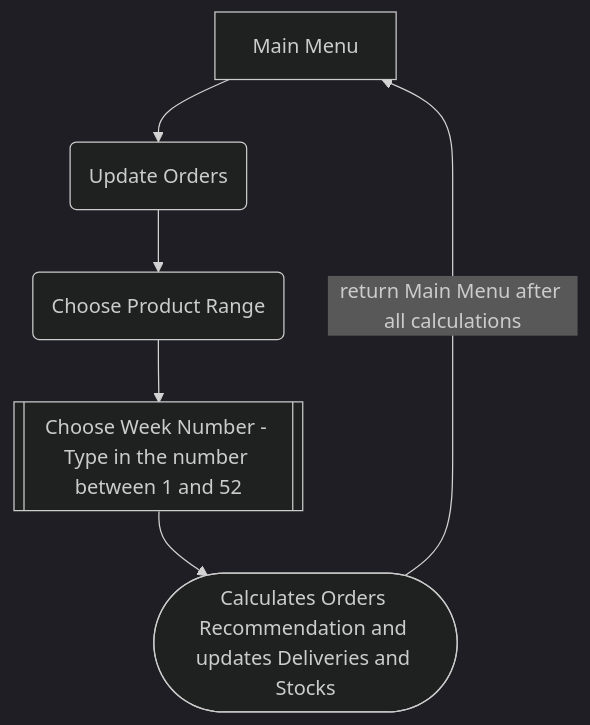
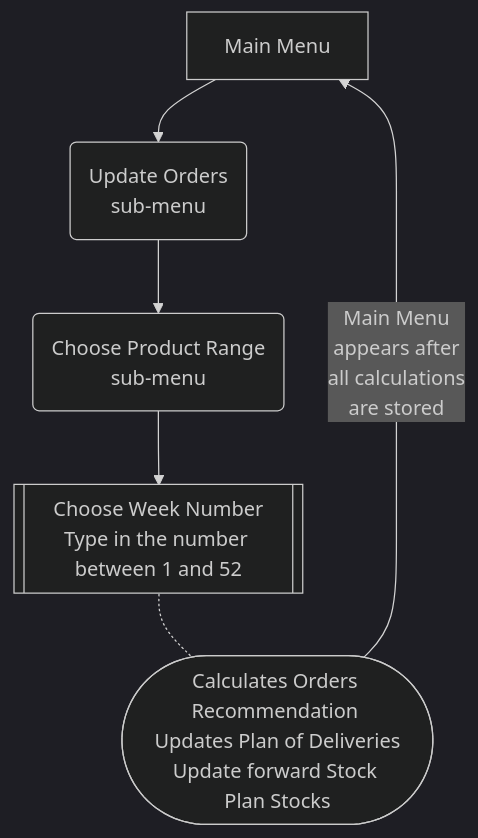
The fourth of 4 diagrams in README.md (Mykola-CI/forward-stock-plan), drawn with Mermaid (dark theme) before and after one commit. The commit also changed other lines of this file and 3 other files, not shown here.

````diff
--- a/README.md
+++ b/README.md
@@ -139,8 +155,8 @@
 ```mermaid
 flowchart TB
 A[Main Menu]-->AD
-AD(Update Orders)-->ABP(Choose Product Range)
-ABP-->W[[Choose Week Number - Type in the number between 1 and 52]]
-W-->CAO([Calculates Orders Recommendation and updates Deliveries and Stocks])
-CAO--return Main Menu after all calculations-->A
+AD(Update Orders<br>sub-menu)-->ABP(Choose Product Range<br>sub-menu)
+ABP-->W[[Choose Week Number<br>Type in the number between 1 and 52]]
+W-.-CAO([Calculates Orders Recommendation <br>Updates Plan of Deliveries<br>Update forward Stock Plan Stocks])
+CAO--Main Menu<br> appears after<br> all calculations<br>are stored-->A
 ```
````
